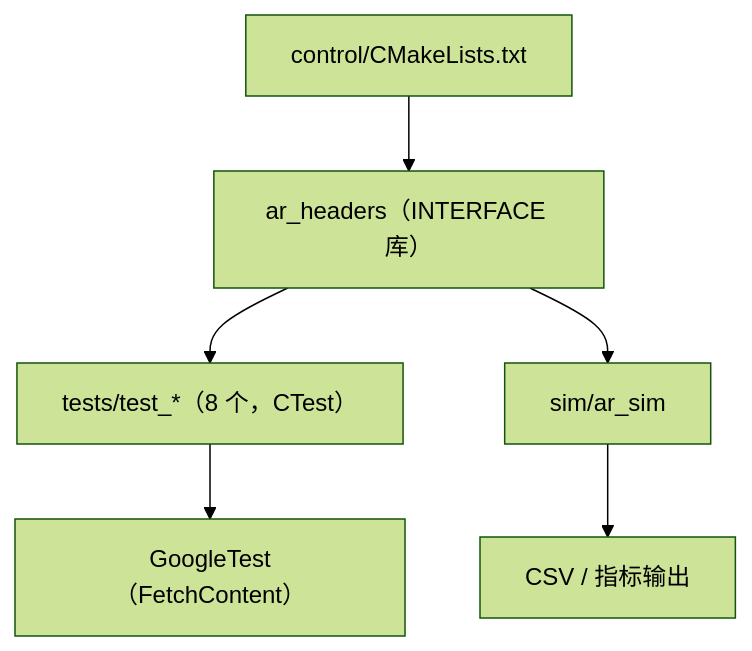
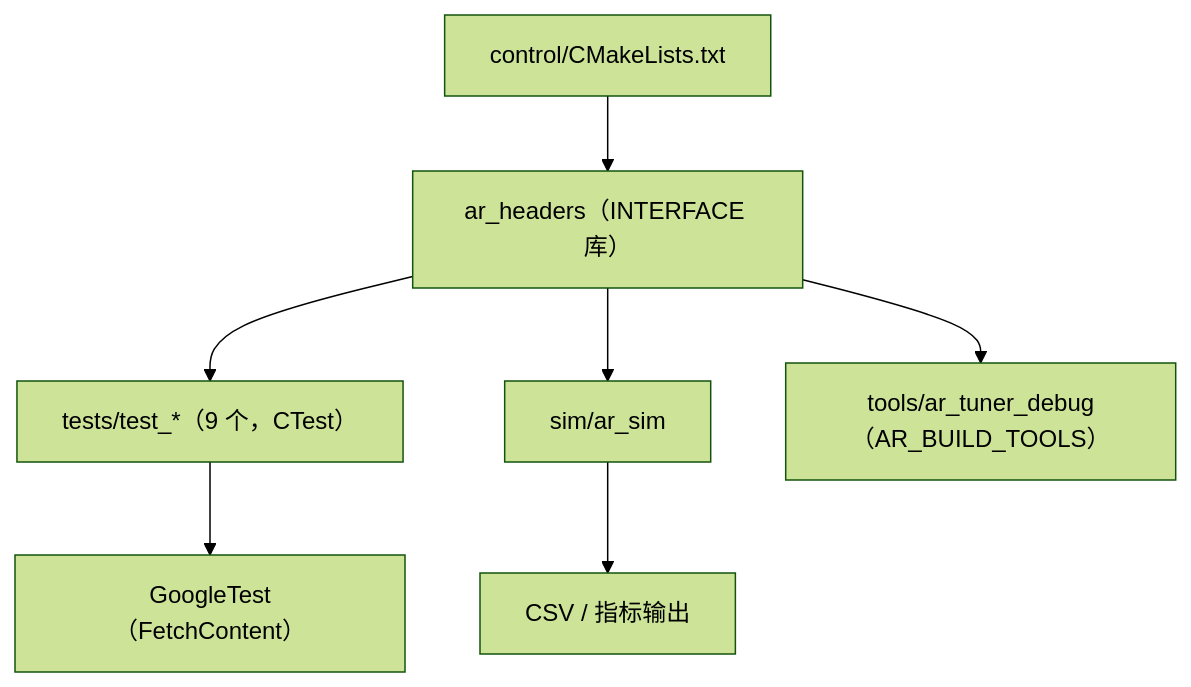
Diagram 20 of 20 in 软件设计与架构文档.md (jimaka/auto_rudder), drawn with Mermaid (forest theme) before and after one commit. The commit also changed other lines of this file and 4 other files, not shown here.

Commit message:
docs: 五份文档同步实船调试接口代码（TunerDebugApi/CLI/监控/验收）

````diff
--- a/软件设计与架构文档.md
+++ b/软件设计与架构文档.md
@@ -946,8 +1010,9 @@
 ```mermaid
 graph TD
     CMAKE["control/CMakeLists.txt"] --> INTF["ar_headers（INTERFACE 库）"]
-    INTF --> TESTS["tests/test_*（8 个，CTest）"]
+    INTF --> TESTS["tests/test_*（9 个，CTest）"]
     INTF --> SIM["sim/ar_sim"]
+    INTF --> TOOLS["tools/ar_tuner_debug（AR_BUILD_TOOLS）"]
     TESTS --> GT["GoogleTest（FetchContent）"]
     SIM --> OUT["CSV / 指标输出"]
 ```
````
